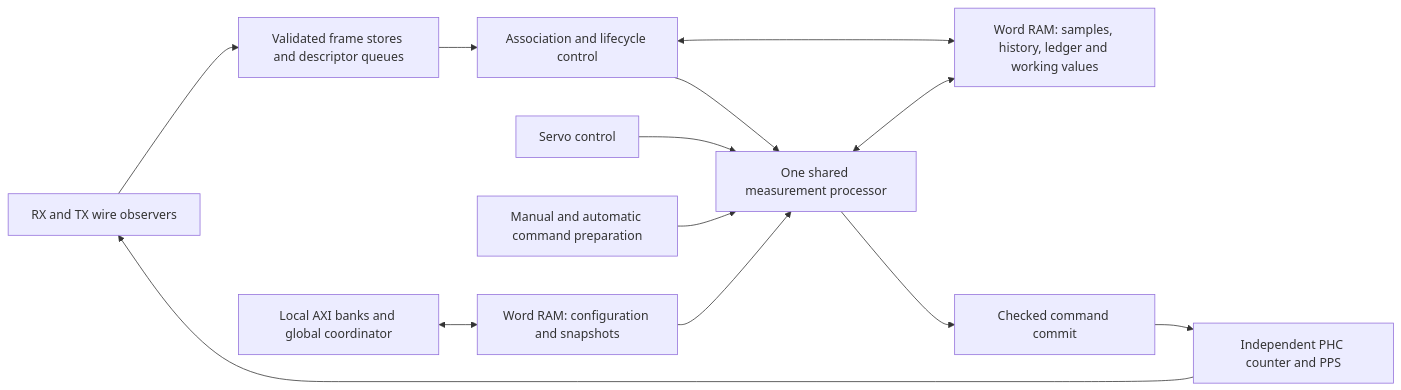
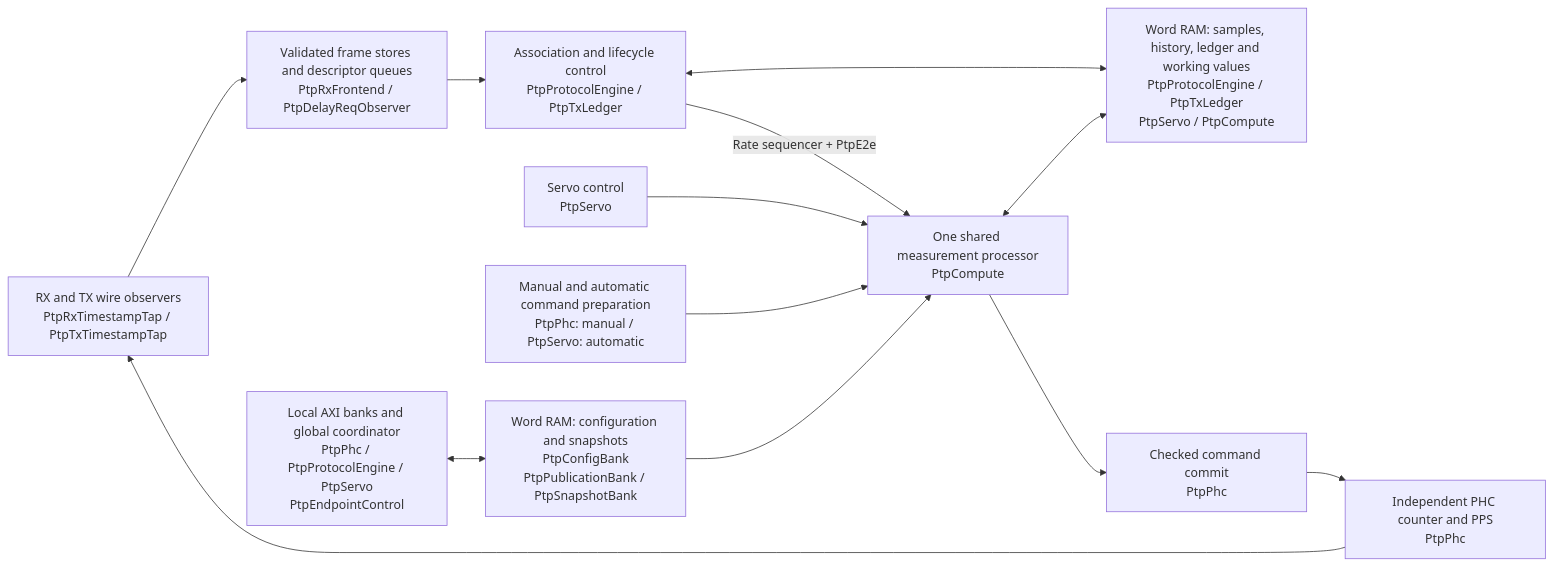
One commit to slaclab/surf changed the diagram in docs/plans/ethernet-ptp/lut-implementation.md. Above: the diagram before and after it, drawn with Mermaid. The commit also changed other lines of this file and 15 other files, not shown here.

Commit message:
Reduce PTP counter, memory and interval logic

````diff
--- a/docs/plans/ethernet-ptp/lut-implementation.md
+++ b/docs/plans/ethernet-ptp/lut-implementation.md
@@ -22,15 +24,15 @@
 ```mermaid
 flowchart LR
-    Wire[RX and TX wire observers] --> Queue[Validated frame stores and descriptor queues]
-    Queue --> Protocol[Association and lifecycle control]
-    Protocol <--> State[Word RAM: samples, history, ledger and working values]
-    Protocol --> Compute[One shared measurement processor]
-    Servo[Servo control] --> Compute
-    Commands[Manual and automatic command preparation] --> Compute
+    Wire["RX and TX wire observers<br/>PtpRxTimestampTap / PtpTxTimestampTap"] --> Queue["Validated frame stores and descriptor queues<br/>PtpRxFrontend / PtpDelayReqObserver"]
+    Queue --> Protocol["Association and lifecycle control<br/>PtpProtocolEngine / PtpTxLedger"]
+    Protocol <--> State["Word RAM: samples, history, ledger and working values<br/>PtpProtocolEngine / PtpTxLedger<br/>PtpServo / PtpCompute"]
+    Protocol -->|"Rate sequencer + PtpE2e"| Compute["One shared measurement processor<br/>PtpCompute"]
+    Servo["Servo control<br/>PtpServo"] --> Compute
+    Commands["Manual and automatic command preparation<br/>PtpPhc: manual / PtpServo: automatic"] --> Compute
     Compute <--> State
-    Compute --> Commit[Checked command commit]
-    Commit --> PHC[Independent PHC counter and PPS]
+    Compute --> Commit["Checked command commit<br/>PtpPhc"]
+    Commit --> PHC["Independent PHC counter and PPS<br/>PtpPhc"]
     PHC --> Wire
-    AXI[Local AXI banks and global coordinator] <--> Banks[Word RAM: configuration and snapshots]
+    AXI["Local AXI banks and global coordinator<br/>PtpPhc / PtpProtocolEngine / PtpServo<br/>PtpEndpointControl"] <--> Banks["Word RAM: configuration and snapshots<br/>PtpConfigBank<br/>PtpPublicationBank / PtpSnapshotBank"]
     Banks --> Compute
 ```
````
